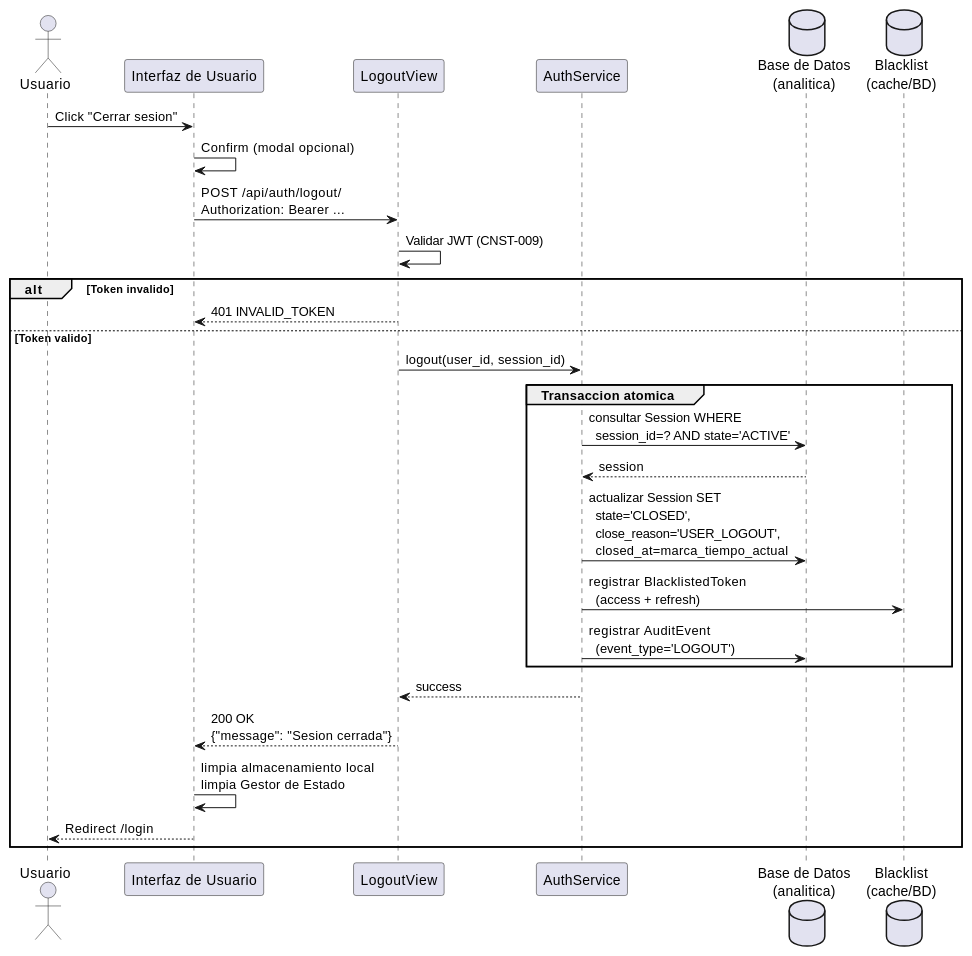
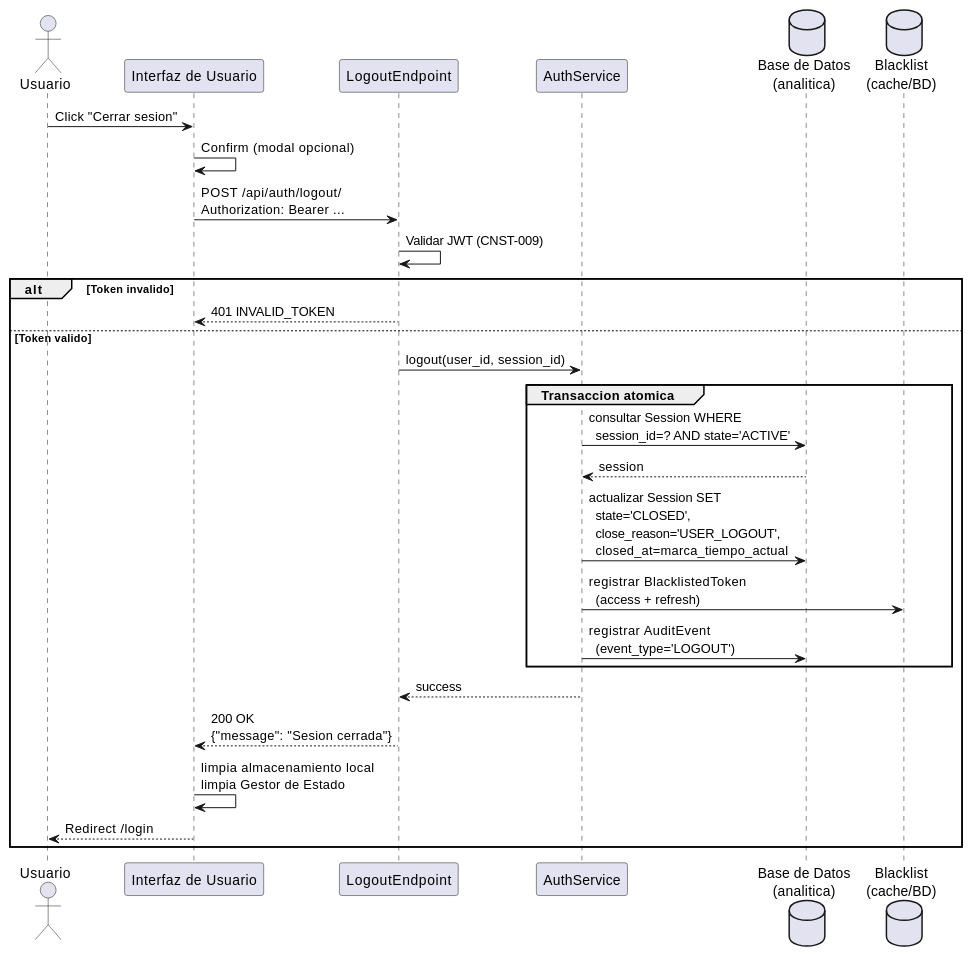
One commit to jcg-admin/IACT-docs changed the diagram in source/requisitos/casos-uso/auth/uc-auth-02/diagramas-uml/diagrama-de-secuencia.rst. Above: the diagram before and after it, drawn with PlantUML. The commit also changed 21 other files, not shown here.

```diff
--- a/source/requisitos/casos-uso/auth/uc-auth-02/diagramas-uml/diagrama-de-secuencia.rst
+++ b/source/requisitos/casos-uso/auth/uc-auth-02/diagramas-uml/diagrama-de-secuencia.rst
@@ -4,37 +4,37 @@
 .. uml::
  :caption: UC_AUTH_02 — flujo principal
 
  @startuml
 
  actor Usuario as Usuario
  participant "Interfaz de Usuario" as InterfazDeUsuario
- participant "LogoutView" as Logoutview
+ participant "LogoutEndpoint" as Logoutview
  participant "AuthService" as Authservice
  database "Base de Datos\n(analitica)" as BaseDeDatos
  database "Blacklist\n(cache/BD)" as Blacklist
 
  Usuario -> InterfazDeUsuario: Click "Cerrar sesion"
  InterfazDeUsuario -> InterfazDeUsuario: Confirm (modal opcional)
  InterfazDeUsuario -> Logoutview: POST /api/auth/logout/\nAuthorization: Bearer ...
 
  Logoutview -> Logoutview: Validar JWT (CNST-009)
  alt Token invalido
    Logoutview --> InterfazDeUsuario: 401 INVALID_TOKEN
  else Token valido
    Logoutview -> Authservice: logout(user_id, session_id)
 
    group Transaccion atomica
      Authservice -> BaseDeDatos: consultar Session WHERE\n  session_id=? AND state='ACTIVE'
      BaseDeDatos --> Authservice: session
      Authservice -> BaseDeDatos: actualizar Session SET\n  state='CLOSED',\n  close_reason='USER_LOGOUT',\n  closed_at=marca_tiempo_actual
      Authservice -> Blacklist: registrar BlacklistedToken\n  (access + refresh)
      Authservice -> BaseDeDatos: registrar AuditEvent\n  (event_type='LOGOUT')
    end
 
    Authservice --> Logoutview: success
    Logoutview --> InterfazDeUsuario: 200 OK\n{"message": "Sesion cerrada"}
    InterfazDeUsuario -> InterfazDeUsuario: limpia almacenamiento local\nlimpia Gestor de Estado
    InterfazDeUsuario --> Usuario: Redirect /login
  end
 
  @enduml
```
